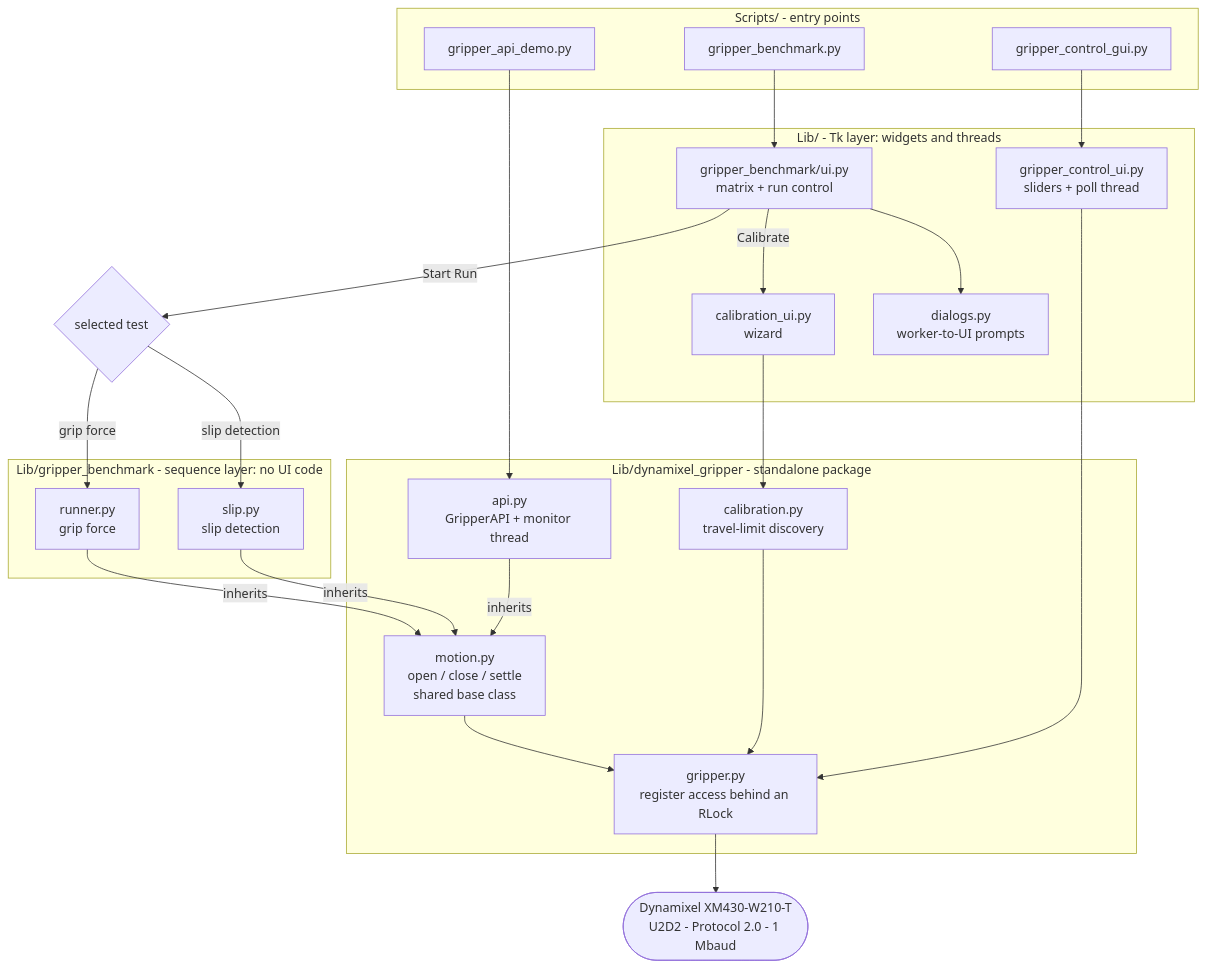
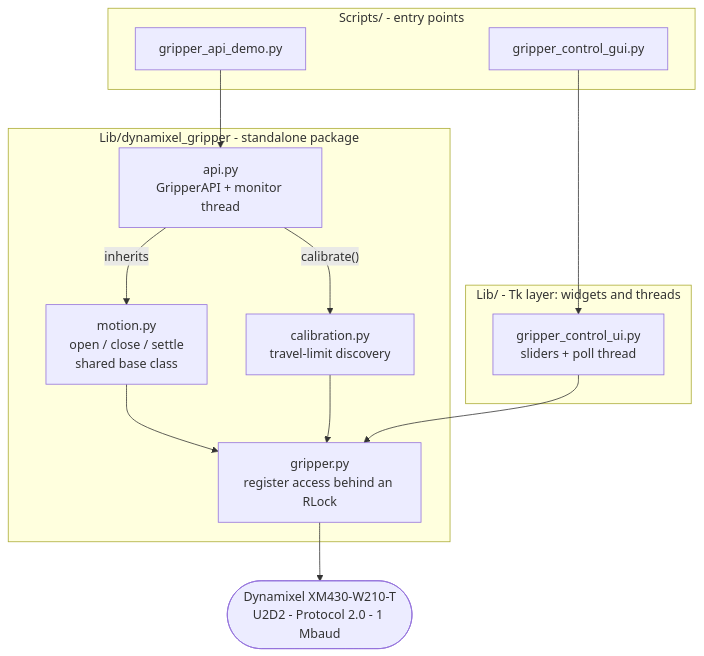
The first of 5 diagrams in README.md (MrRox1337/GripSense), drawn with Mermaid before and after one commit. The commit also changed other lines of this file, not shown here.

First line of the commit message:
Rewrite the README around the control software

````diff
--- a/README.md
+++ b/README.md
@@ -204,48 +155,29 @@
 ```mermaid
 flowchart TB
     subgraph SCRIPTS["Scripts/ - entry points"]
         CTRL["gripper_control_gui.py"]
-        BENCH["gripper_benchmark.py"]
         DEMO["gripper_api_demo.py"]
     end
 
     subgraph TK["Lib/ - Tk layer: widgets and threads"]
         CONTROLUI["gripper_control_ui.py<br/>sliders + poll thread"]
-        BENCHUI["gripper_benchmark/ui.py<br/>matrix + run control"]
-        CALUI["calibration_ui.py<br/>wizard"]
-        DIALOGS["dialogs.py<br/>worker-to-UI prompts"]
-    end
-
-    PICK{"selected test"}
-
-    subgraph SEQ["Lib/gripper_benchmark - sequence layer: no UI code"]
-        RUNNER["runner.py<br/>grip force"]
-        SLIPR["slip.py<br/>slip detection"]
     end
 
     subgraph PKG["Lib/dynamixel_gripper - standalone package"]
         API["api.py<br/>GripperAPI + monitor thread"]
         CALIB["calibration.py<br/>travel-limit discovery"]
         MOTION["motion.py<br/>open / close / settle<br/>shared base class"]
         DRIVER["gripper.py<br/>register access behind an RLock"]
     end
 
     HW(["Dynamixel XM430-W210-T<br/>U2D2 - Protocol 2.0 - 1 Mbaud"])
 
     CTRL --> CONTROLUI
-    BENCH --> BENCHUI
     DEMO --> API
-    BENCHUI --> DIALOGS
-    BENCHUI -- "Calibrate" --> CALUI
-    BENCHUI -- "Start Run" --> PICK
-    PICK -- "grip force" --> RUNNER
-    PICK -- "slip detection" --> SLIPR
-    CALUI --> CALIB
-    RUNNER -- "inherits" --> MOTION
-    SLIPR -- "inherits" --> MOTION
     API -- "inherits" --> MOTION
+    API -- "calibrate()" --> CALIB
     MOTION --> DRIVER
     CALIB --> DRIVER
     CONTROLUI --> DRIVER
     DRIVER --> HW
 ```
````
